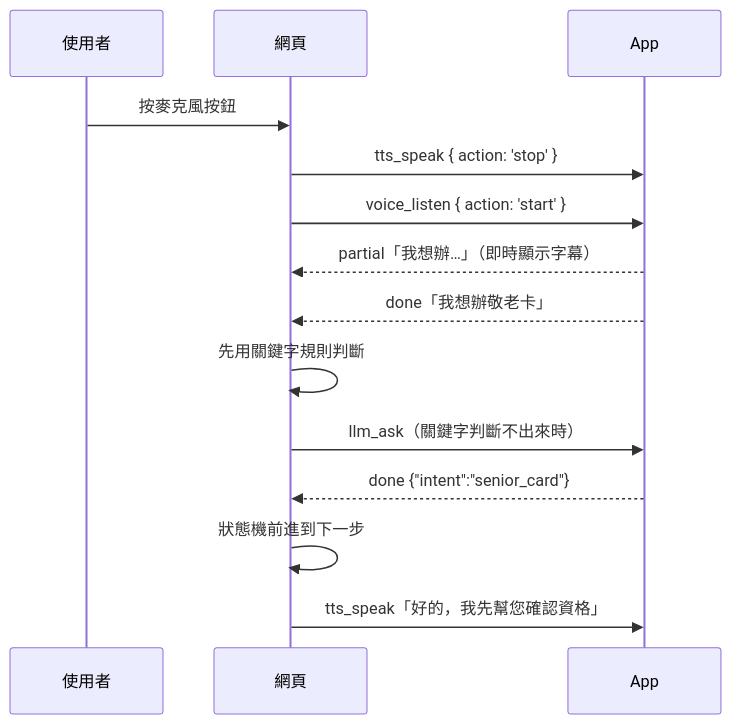
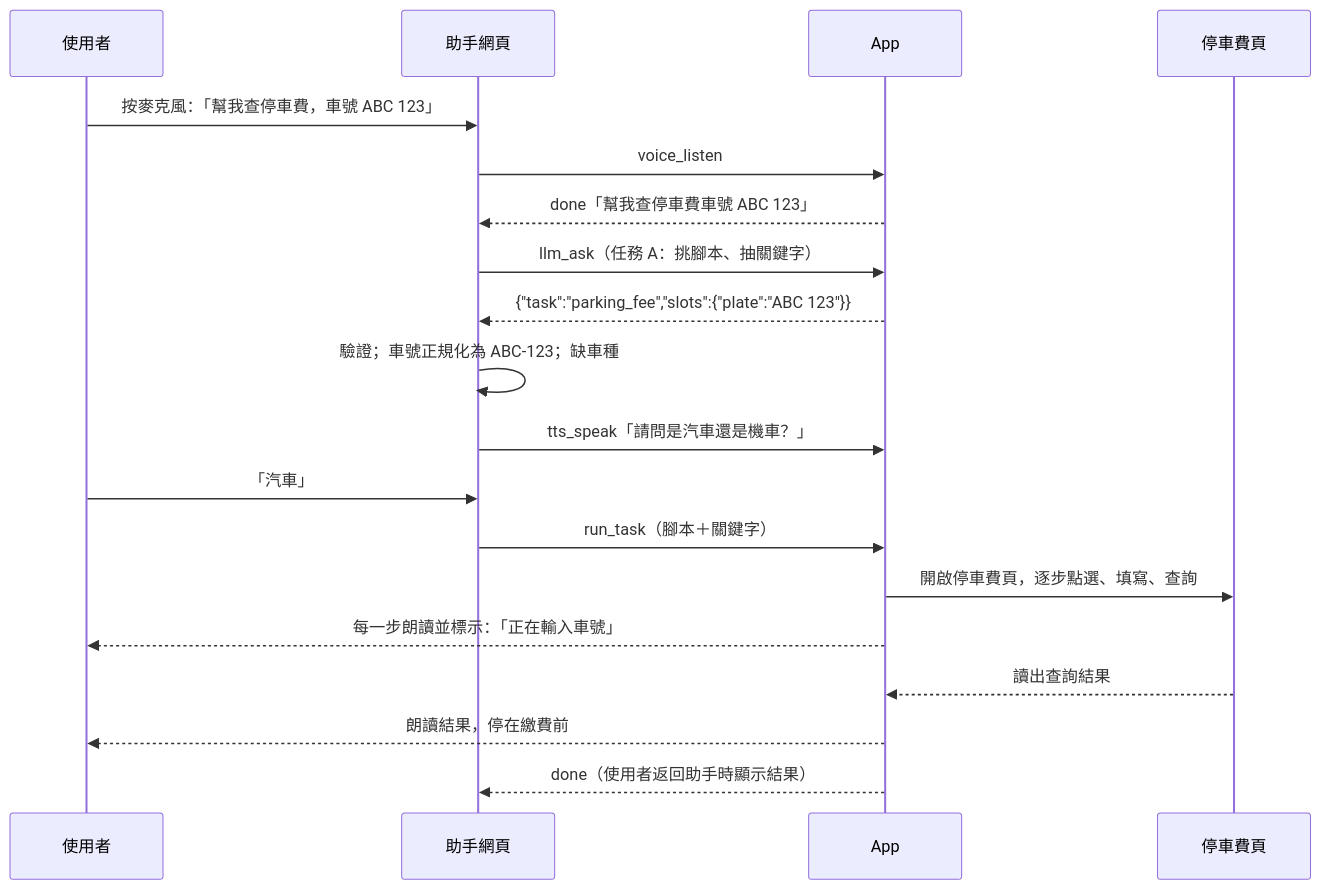
Before and after one commit to jsyang0322/TPE_Codefest2026: the second of 2 diagrams in docs/系統設計文件.md, drawn with Mermaid. The commit also changed other lines of this file and 2 other files, not shown here.

````diff
--- a/docs/系統設計文件.md
+++ b/docs/系統設計文件.md
@@ -66,16 +78,21 @@
 ```mermaid
 sequenceDiagram
     participant U as 使用者
-    participant W as 網頁
+    participant W as 助手網頁
     participant A as App
-    U->>W: 按麥克風按鈕
-    W->>A: tts_speak { action: 'stop' }
-    W->>A: voice_listen { action: 'start' }
-    A-->>W: partial「我想辦…」（即時顯示字幕）
-    A-->>W: done「我想辦敬老卡」
-    W->>W: 先用關鍵字規則判斷
-    W->>A: llm_ask（關鍵字判斷不出來時）
-    A-->>W: done {"intent":"senior_card"}
-    W->>W: 狀態機前進到下一步
-    W->>A: tts_speak「好的，我先幫您確認資格」
+    participant S as 停車費頁
+    U->>W: 按麥克風：「幫我查停車費，車號 ABC 123」
+    W->>A: voice_listen
+    A-->>W: done「幫我查停車費車號 ABC 123」
+    W->>A: llm_ask（任務 A：挑腳本、抽關鍵字）
+    A-->>W: {"task":"parking_fee","slots":{"plate":"ABC 123"}}
+    W->>W: 驗證；車號正規化為 ABC-123；缺車種
+    W->>A: tts_speak「請問是汽車還是機車？」
+    U->>W: 「汽車」
+    W->>A: run_task（腳本＋關鍵字）
+    A->>S: 開啟停車費頁，逐步點選、填寫、查詢
+    A-->>U: 每一步朗讀並標示：「正在輸入車號」
+    S-->>A: 讀出查詢結果
+    A-->>U: 朗讀結果，停在繳費前
+    A-->>W: done（使用者返回助手時顯示結果）
 ```
````
